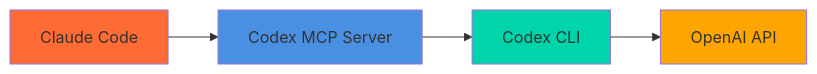
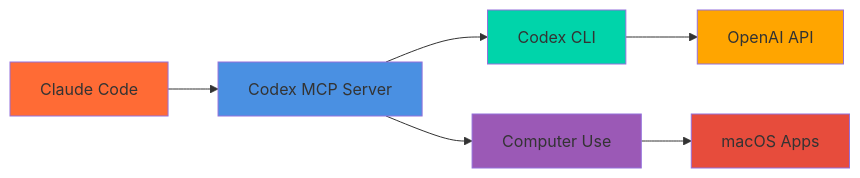
The diagram in README.md (tuannvm/codex-mcp-server), drawn with Mermaid before and after one commit. The commit also changed other lines of this file and 3 other files, not shown here.

````diff
--- a/README.md
+++ b/README.md
@@ -9,11 +9,15 @@
 ```mermaid
 graph LR
     A[Claude Code] --> B[Codex MCP Server]
     B --> C[Codex CLI]
     C --> D[OpenAI API]
+    B --> E[Computer Use]
+    E --> F[macOS Apps]
 
     style A fill:#FF6B35
     style B fill:#4A90E2
     style C fill:#00D4AA
     style D fill:#FFA500
+    style E fill:#9B59B6
+    style F fill:#E74C3C
 ```
````
